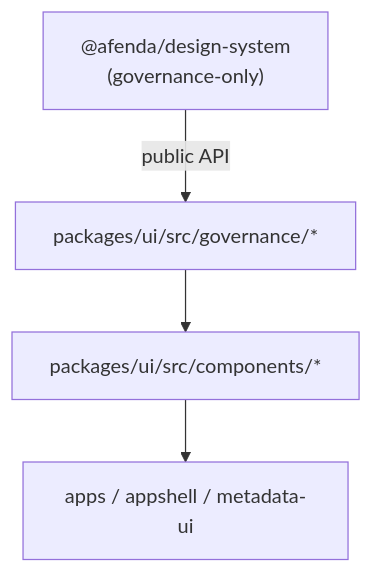
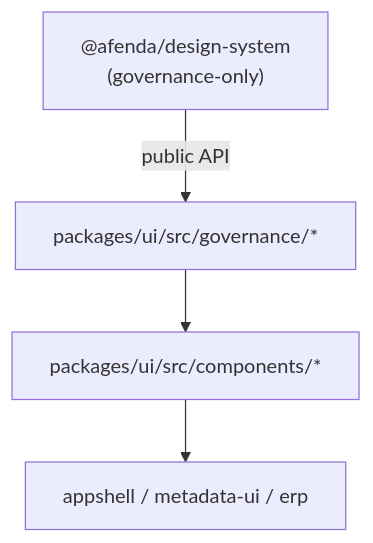
One commit to pohlai88/afenda-Xerp changed the diagram in docs/delivery/tip-004-ui-consumption.md. Above: the diagram before and after it, drawn with Mermaid. The commit also changed other lines of this file and 673 other files, not shown here.

````diff
--- a/docs/delivery/tip-004-ui-consumption.md
+++ b/docs/delivery/tip-004-ui-consumption.md
@@ -11,11 +13,11 @@
 ```mermaid
 flowchart TD
   DS["@afenda/design-system\n(governance-only)"]
   Gov["packages/ui/src/governance/*"]
   UI["packages/ui/src/components/*"]
-  Apps["apps / appshell / metadata-ui"]
+  Apps["appshell / metadata-ui / erp"]
 
   DS -->|"public API"| Gov
   Gov --> UI
   UI --> Apps
 ```
````
